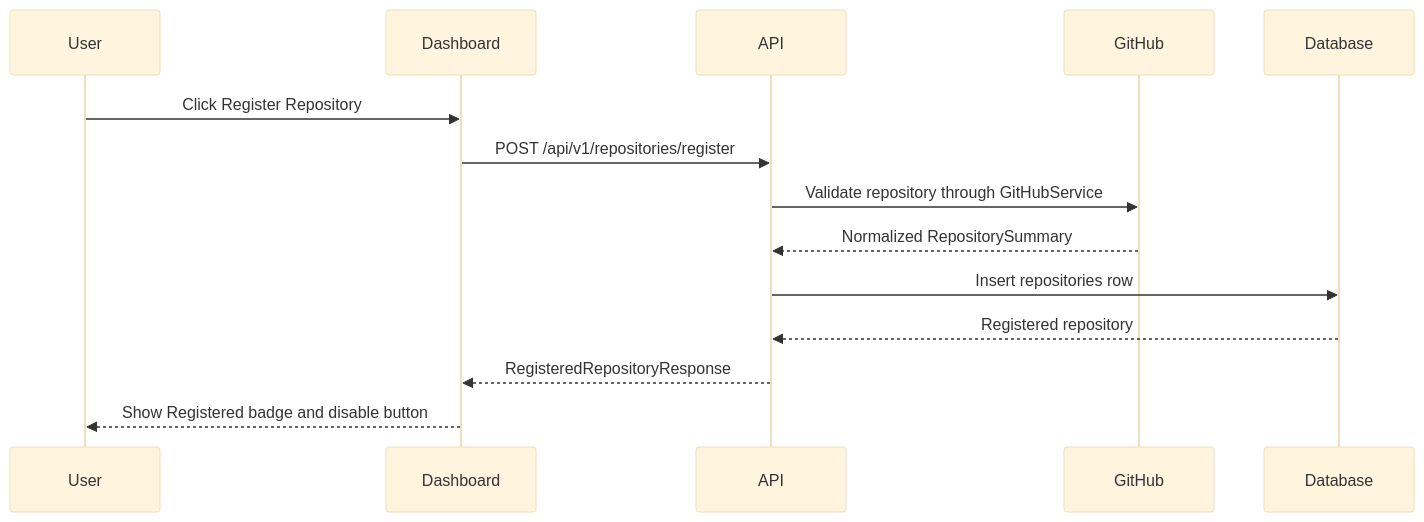
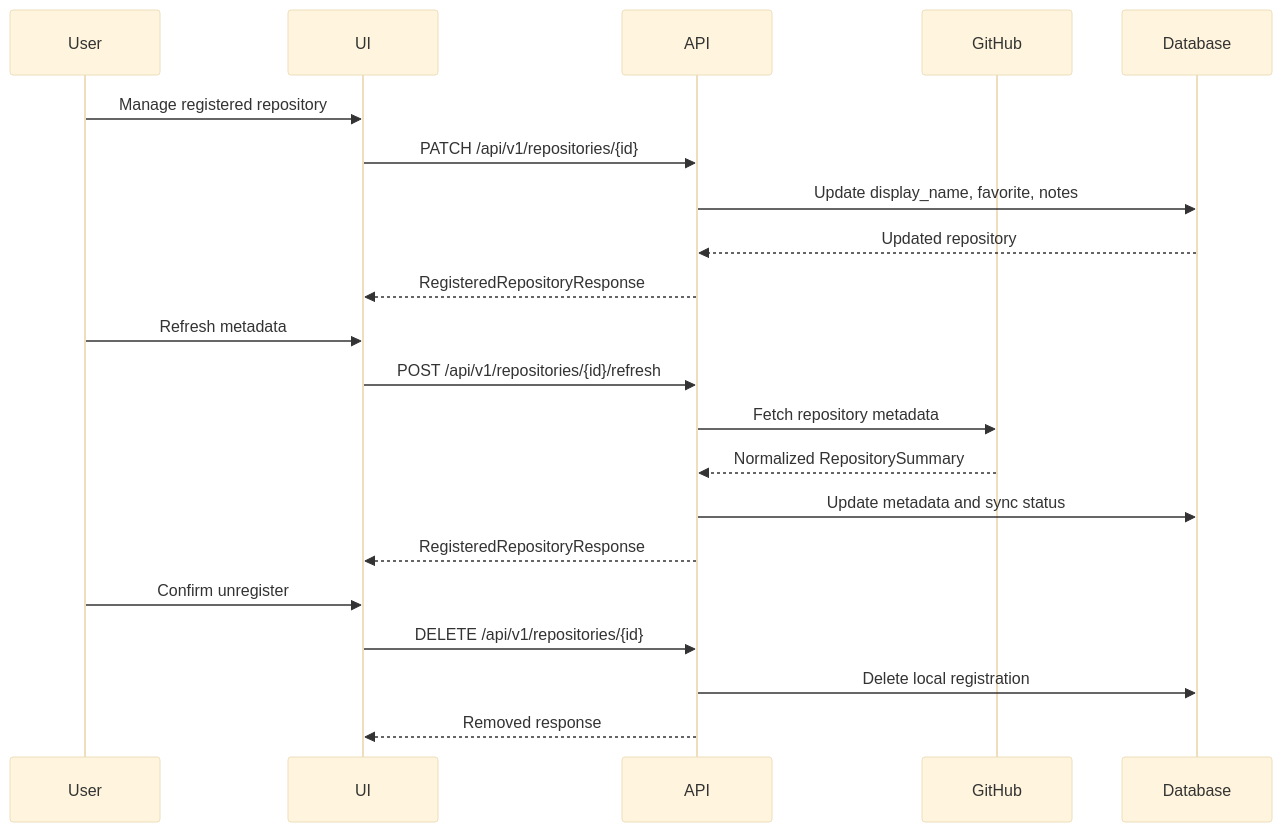
The third of 4 diagrams in docs/REPOSITORY_ARCHITECTURE.md (Karthikrnaik24/RepoMind_AI), drawn with Mermaid (base theme) before and after one commit. The commit also changed other lines of this file and 17 other files, not shown here.

````diff
--- a/docs/REPOSITORY_ARCHITECTURE.md
+++ b/docs/REPOSITORY_ARCHITECTURE.md
@@ -103,17 +141,26 @@
 ```mermaid
 sequenceDiagram
     participant User
-    participant Dashboard
+    participant UI
     participant API
     participant GitHub
     participant Database
 
-    User->>Dashboard: Click Register Repository
-    Dashboard->>API: POST /api/v1/repositories/register
-    API->>GitHub: Validate repository through GitHubService
+    User->>UI: Manage registered repository
+    UI->>API: PATCH /api/v1/repositories/{id}
+    API->>Database: Update display_name, favorite, notes
+    Database-->>API: Updated repository
+    API-->>UI: RegisteredRepositoryResponse
+
+    User->>UI: Refresh metadata
+    UI->>API: POST /api/v1/repositories/{id}/refresh
+    API->>GitHub: Fetch repository metadata
     GitHub-->>API: Normalized RepositorySummary
-    API->>Database: Insert repositories row
-    Database-->>API: Registered repository
-    API-->>Dashboard: RegisteredRepositoryResponse
-    Dashboard-->>User: Show Registered badge and disable button
+    API->>Database: Update metadata and sync status
+    API-->>UI: RegisteredRepositoryResponse
+
+    User->>UI: Confirm unregister
+    UI->>API: DELETE /api/v1/repositories/{id}
+    API->>Database: Delete local registration
+    API-->>UI: Removed response
 ```
````
